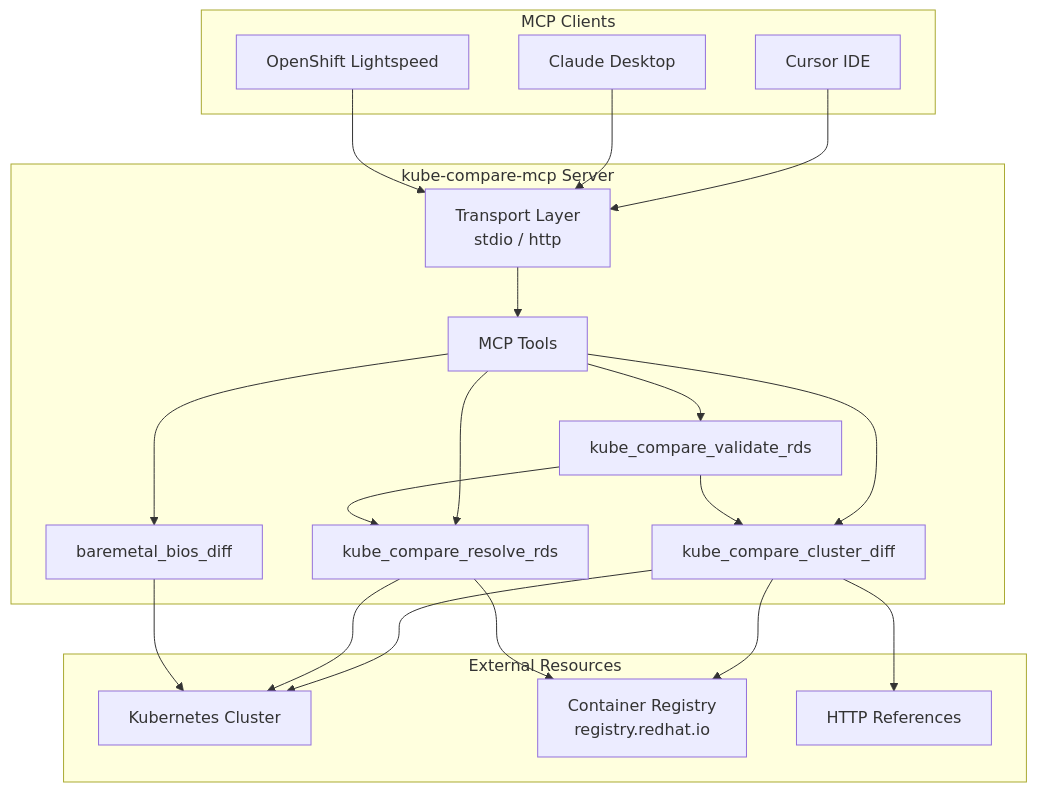
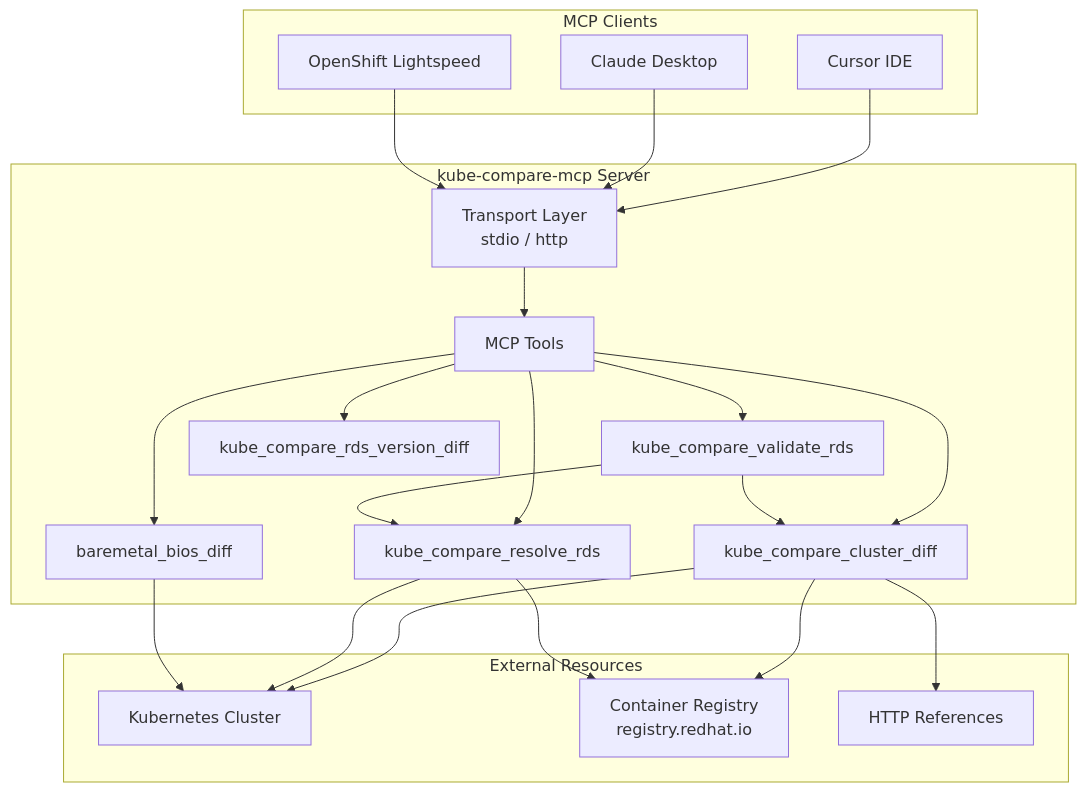
Before and after one commit to sakhoury/kube-compare-mcp: the diagram in README.md, drawn with Mermaid. The commit also changed other lines of this file, not shown here.

````diff
--- a/README.md
+++ b/README.md
@@ -42,40 +43,42 @@
 ```mermaid
 flowchart TB
     subgraph clients [MCP Clients]
         Cursor[Cursor IDE]
         Claude[Claude Desktop]
         OLS[OpenShift Lightspeed]
     end
 
     subgraph server [kube-compare-mcp Server]
         Transport[Transport Layer<br/>stdio / http]
         Tools[MCP Tools]
         Diff[kube_compare_cluster_diff]
         ResolveRDS[kube_compare_resolve_rds]
         ValidateRDS[kube_compare_validate_rds]
         BIOSDiff[baremetal_bios_diff]
+        RDSVersionDiff[kube_compare_rds_version_diff]
     end
 
     subgraph external [External Resources]
         K8sCluster[Kubernetes Cluster]
         Registry[Container Registry<br/>registry.redhat.io]
         HTTPRef[HTTP References]
     end
 
     Cursor --> Transport
     Claude --> Transport
     OLS --> Transport
     Transport --> Tools
     Tools --> Diff
     Tools --> ResolveRDS
     Tools --> ValidateRDS
     Tools --> BIOSDiff
+    Tools --> RDSVersionDiff
     Diff --> K8sCluster
     Diff --> Registry
     Diff --> HTTPRef
     ResolveRDS --> K8sCluster
     ResolveRDS --> Registry
     ValidateRDS --> Diff
     ValidateRDS --> ResolveRDS
     BIOSDiff --> K8sCluster
 ```
````
